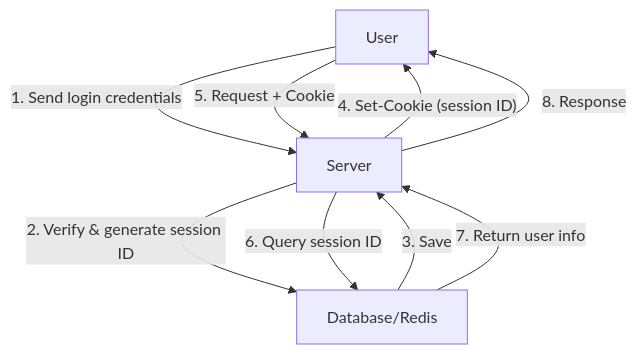
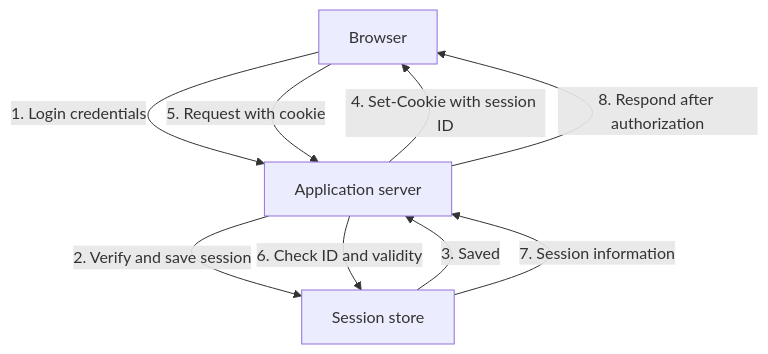
One commit to kenjinote/blog changed the first of 3 diagrams in content/post/jwt-json-web-token-security-risks/index.en.md. Above: the diagram before and after it, drawn with Mermaid. The commit also changed other lines of this file and 6 other files, not shown here.

````diff
--- a/content/post/jwt-json-web-token-security-risks/index.en.md
+++ b/content/post/jwt-json-web-token-security-risks/index.en.md
@@ -19,11 +20,11 @@
 ```mermaid
 graph TD
-    A["User"] -- "1. Send login credentials" --> B["Server"]
-    B -- "2. Verify & generate session ID" --> C["Database/Redis"]
-    C -- "3. Save" --> B
-    B -- "4. Set-Cookie (session ID)" --> A
-    A -- "5. Request + Cookie" --> B
-    B -- "6. Query session ID" --> C
-    C -- "7. Return user info" --> B
-    B -- "8. Response" --> A
+    A["Browser"] -- "1. Login credentials" --> B["Application server"]
+    B -- "2. Verify and save session" --> C["Session store"]
+    C -- "3. Saved" --> B
+    B -- "4. Set-Cookie with session ID" --> A
+    A -- "5. Request with cookie" --> B
+    B -- "6. Check ID and validity" --> C
+    C -- "7. Session information" --> B
+    B -- "8. Respond after authorization" --> A
 ```
````
